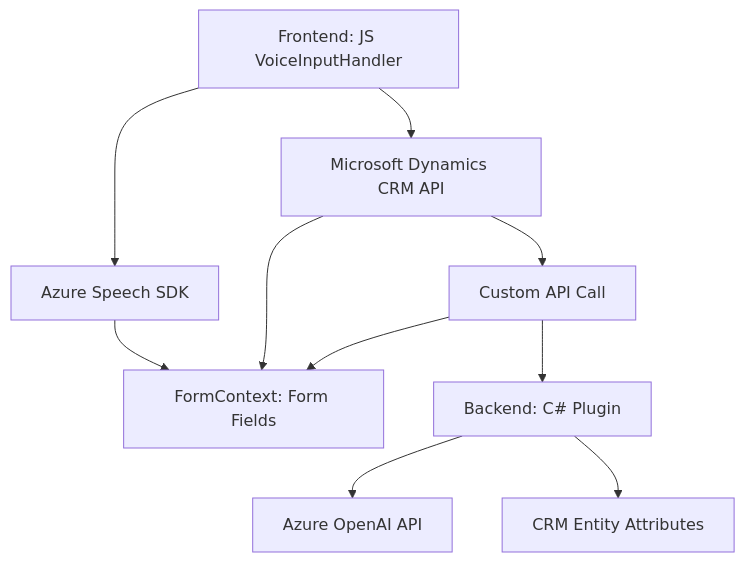
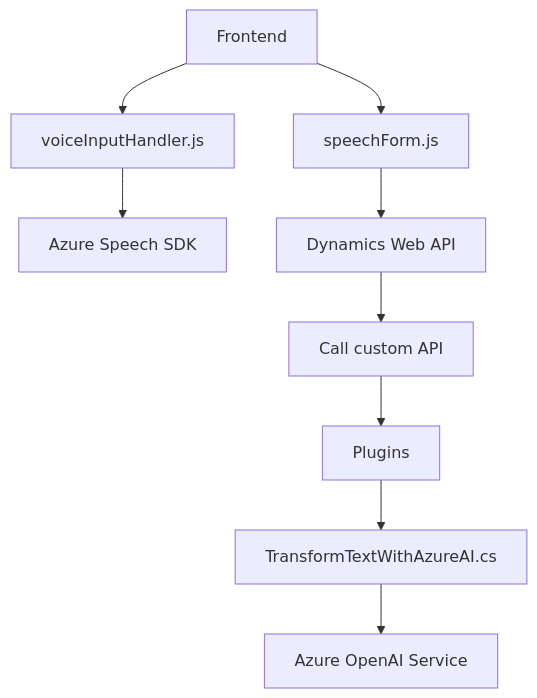
Before and after one commit to blopezdm/NETCORE_BILBAO2025: the diagram in README.md, drawn with Mermaid. The commit also changed other lines of this file, not shown here.

````diff
--- a/README.md
+++ b/README.md
@@ -52,12 +35,14 @@
 ```mermaid
 graph TD
-    A["Frontend: JS VoiceInputHandler"] --> B["Azure Speech SDK"]
-    A --> C["Microsoft Dynamics CRM API"]
-    C --> D["FormContext: Form Fields"]
-    C --> E["Custom API Call"]
-    B --> D
-    E --> D
-    E --> F["Backend: C# Plugin"]
-    F --> G["Azure OpenAI API"]
-    F --> H["CRM Entity Attributes"]
+    A["Frontend"] --> B["voiceInputHandler.js"]
+    A --> C["speechForm.js"]
+
+    B --> D["Azure Speech SDK"]
+    C --> E["Dynamics Web API"]
+    
+    E --> F["Call custom API"]
+    F --> G["Plugins"]
+    
+    G --> H["TransformTextWithAzureAI.cs"]
+    H --> I["Azure OpenAI Service"]
 ```
````
